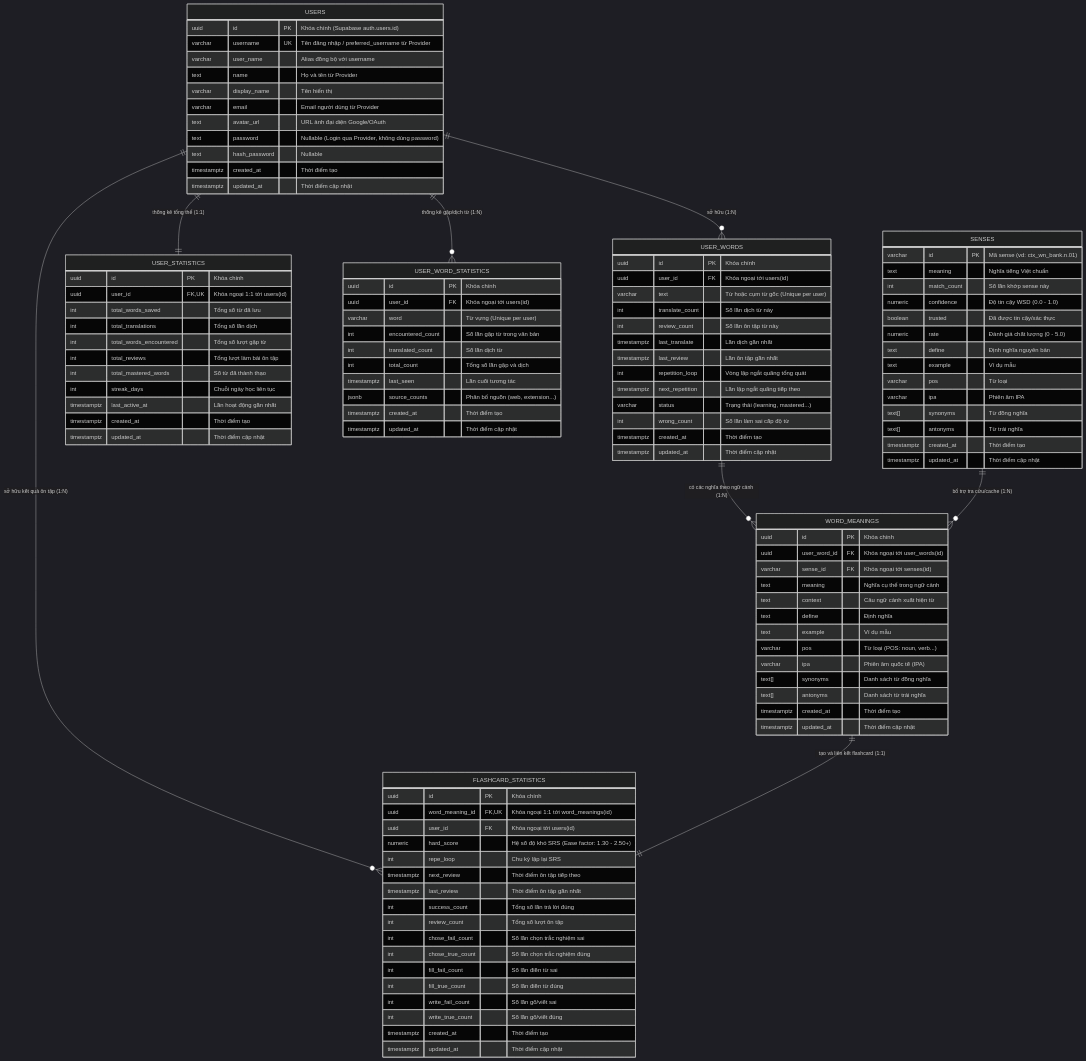
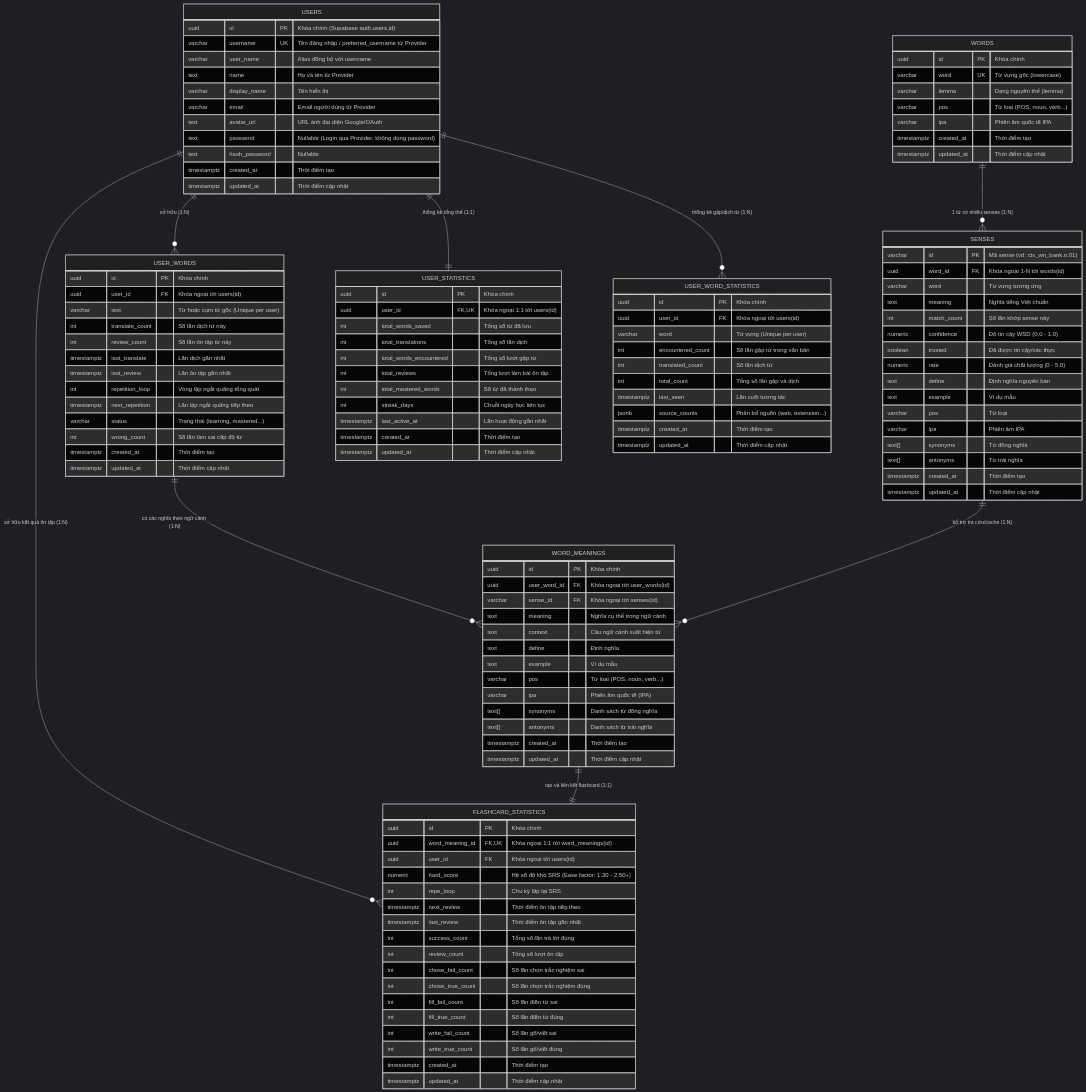
One commit to 74Senpai/translate-study-project changed the diagram in system-design/erd_database_design.md. Above: the diagram before and after it, drawn with Mermaid (dark theme). The commit also changed 23 other files, not shown here.

````diff
--- a/system-design/erd_database_design.md
+++ b/system-design/erd_database_design.md
@@ -5,5 +5,7 @@
 ```mermaid
 erDiagram
+    WORDS ||--o{ SENSES : "1 từ có nhiều senses (1:N)"
+    
     USERS ||--o{ USER_WORDS : "sở hữu (1:N)"
     USERS ||--|| USER_STATISTICS : "thống kê tổng thể (1:1)"
     USERS ||--o{ USER_WORD_STATISTICS : "thống kê gặp/dịch từ (1:N)"
@@ -14,6 +16,16 @@
     SENSES ||--o{ WORD_MEANINGS : "bổ trợ tra cứu/cache (1:N)"
     
     WORD_MEANINGS ||--|| FLASHCARD_STATISTICS : "tạo và liên kết flashcard (1:1)"
+
+    WORDS {
+        uuid id PK "Khóa chính"
+        varchar word UK "Từ vựng gốc (lowercase)"
+        varchar lemma "Dạng nguyên thể (lemma)"
+        varchar pos "Từ loại (POS: noun, verb...)"
+        varchar ipa "Phiên âm quốc tế IPA"
+        timestamptz created_at "Thời điểm tạo"
+        timestamptz updated_at "Thời điểm cập nhật"
+    }
 
     USERS {
         uuid id PK "Khóa chính (Supabase auth.users.id)"
@@ -83,6 +95,8 @@
 
     SENSES {
         varchar id PK "Mã sense (vd: ctx_wn_bank.n.01)"
+        uuid word_id FK "Khóa ngoại 1-N tới words(id)"
+        varchar word "Từ vựng tương ứng"
         text meaning "Nghĩa tiếng Việt chuẩn"
         int match_count "Số lần khớp sense này"
         numeric confidence "Độ tin cậy WSD (0.0 - 1.0)"
````
